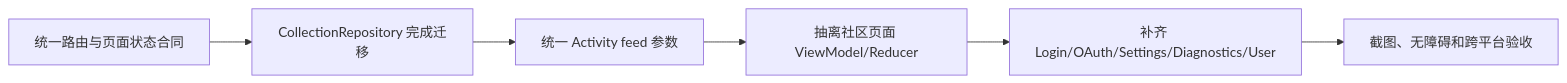
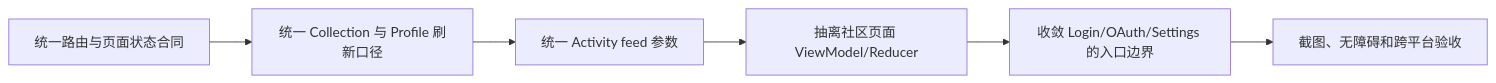
The fifth of 5 diagrams in docs/frontend/24-current-ui-design-development-spec.md (Sherlock-Holmos/anime), drawn with Mermaid before and after one commit. The commit also changed other lines of this file and 32 other files, not shown here.

````diff
--- a/docs/frontend/24-current-ui-design-development-spec.md
+++ b/docs/frontend/24-current-ui-design-development-spec.md
@@ -681,8 +681,8 @@
 ```mermaid
 flowchart LR
-    A[统一路由与页面状态合同] --> B[CollectionRepository 完成迁移]
+    A[统一路由与页面状态合同] --> B[统一 Collection 与 Profile 刷新口径]
     B --> C[统一 Activity feed 参数]
     C --> D[抽离社区页面 ViewModel/Reducer]
-    D --> E[补齐 Login/OAuth/Settings/Diagnostics/User]
+    D --> E[收敛 Login/OAuth/Settings 的入口边界]
     E --> F[截图、无障碍和跨平台验收]
 ```
````
